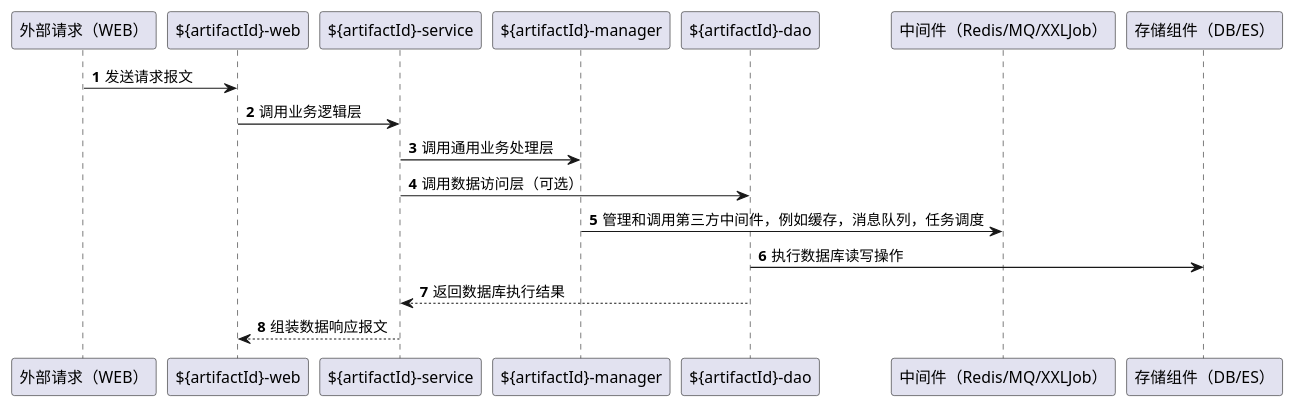
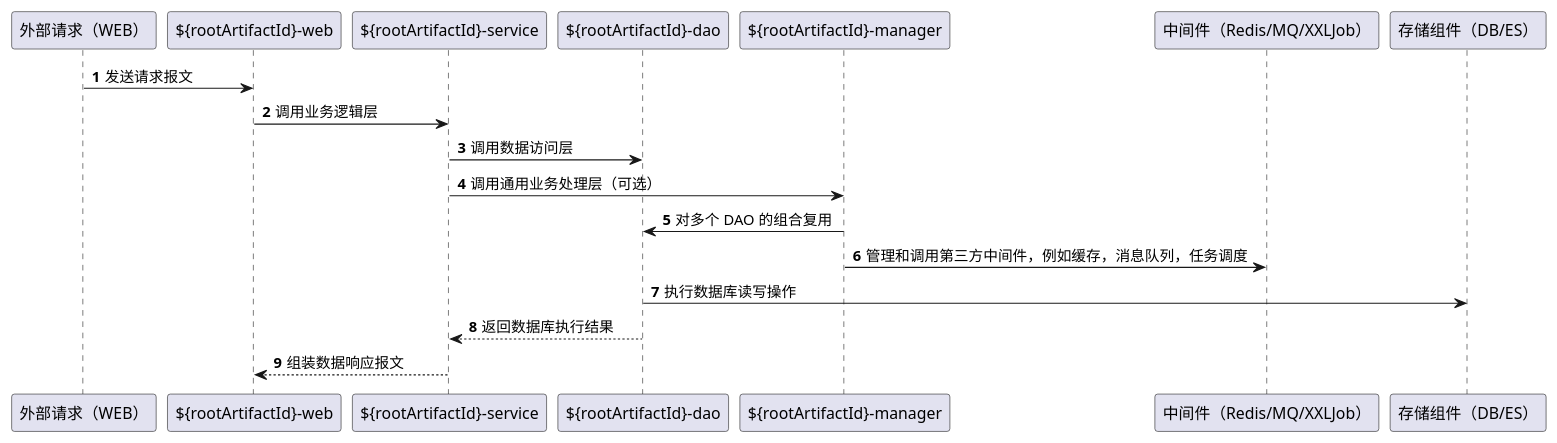
Before and after one commit to shiyindaxiaojie/eden-archetype: the diagram in eden-archetype-layer/src/main/resources/archetype-resources/src/docs/uml/sequence.puml, drawn with PlantUML. The commit also changed other lines of this file and 143 other files, not shown here.

```diff
--- a/eden-archetype-layer/src/main/resources/archetype-resources/src/docs/uml/sequence.puml
+++ b/eden-archetype-layer/src/main/resources/archetype-resources/src/docs/uml/sequence.puml
@@ -1,14 +2,15 @@
 @startuml
 
 autonumber
 
-"外部请求（WEB）" -> "${artifactId}-web": 发送请求报文
-"${artifactId}-web" -> "${artifactId}-service": 调用业务逻辑层
-"${artifactId}-service" -> "${artifactId}-manager": 调用通用业务处理层
-"${artifactId}-service" -> "${artifactId}-dao": 调用数据访问层（可选）
-"${artifactId}-manager" -> "中间件（Redis/MQ/XXLJob）": 管理和调用第三方中间件，例如缓存，消息队列，任务调度
-"${artifactId}-dao" -> "存储组件（DB/ES）": 执行数据库读写操作
-"${artifactId}-dao" --> "${artifactId}-service": 返回数据库执行结果
-"${artifactId}-service" --> "${artifactId}-web": 组装数据响应报文
+"外部请求（WEB）" -> "${rootArtifactId}-web": 发送请求报文
+"${rootArtifactId}-web" -> "${rootArtifactId}-service": 调用业务逻辑层
+"${rootArtifactId}-service" -> "${rootArtifactId}-dao": 调用数据访问层
+"${rootArtifactId}-service" -> "${rootArtifactId}-manager": 调用通用业务处理层（可选）
+"${rootArtifactId}-manager" -> "${rootArtifactId}-dao": 对多个 DAO 的组合复用
+"${rootArtifactId}-manager" -> "中间件（Redis/MQ/XXLJob）": 管理和调用第三方中间件，例如缓存，消息队列，任务调度
+"${rootArtifactId}-dao" -> "存储组件（DB/ES）": 执行数据库读写操作
+"${rootArtifactId}-dao" --> "${rootArtifactId}-service": 返回数据库执行结果
+"${rootArtifactId}-service" --> "${rootArtifactId}-web": 组装数据响应报文
 
 @enduml
```
